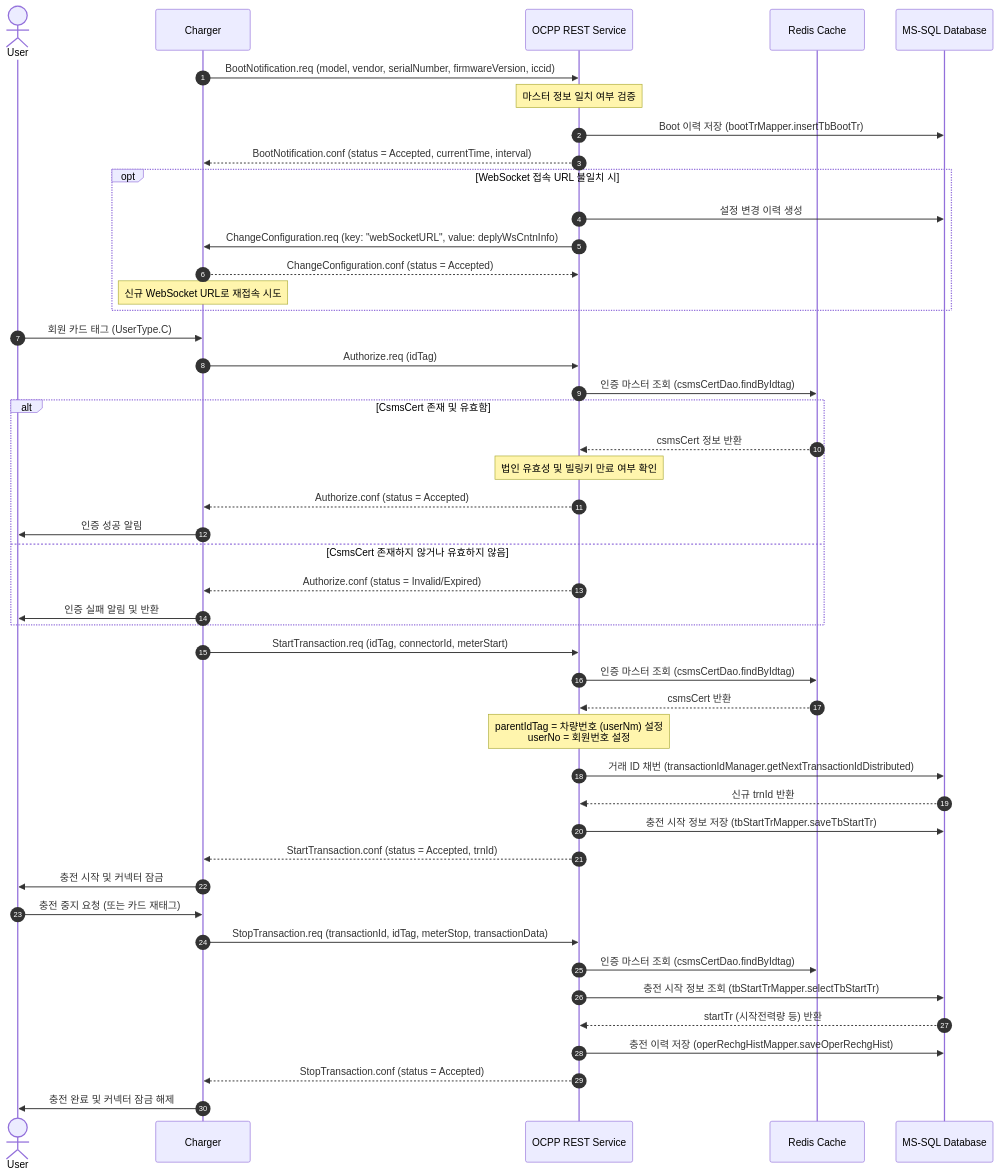
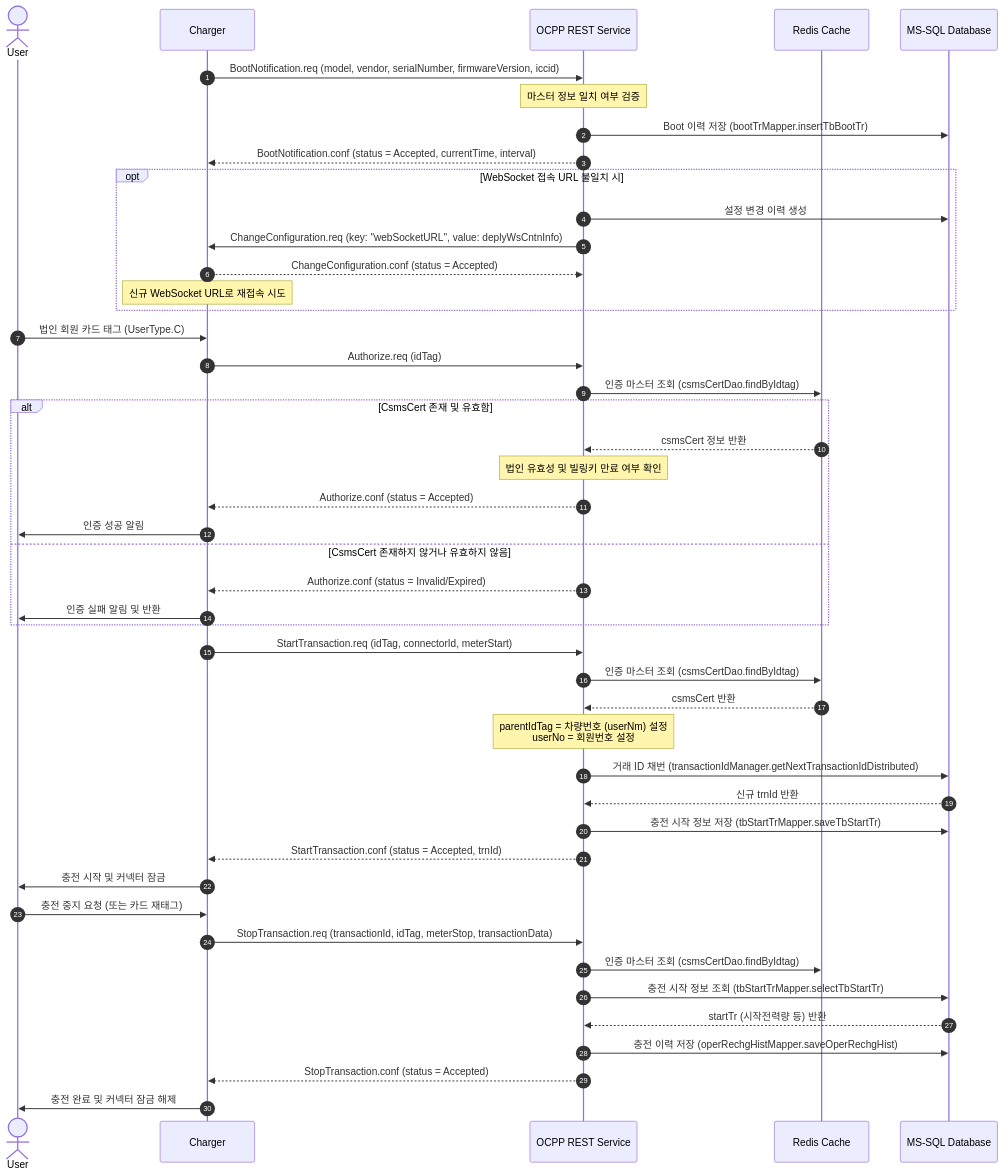
The first of 4 diagrams in start_transaction_process_flows.md (h2y-hyhong2/h2y-ocpp), drawn with Mermaid before and after one commit. The commit also changed other lines of this file and 4 other files, not shown here.

````diff
--- a/start_transaction_process_flows.md
+++ b/start_transaction_process_flows.md
@@ -11,58 +22,58 @@
 ```mermaid
 sequenceDiagram
     autonumber
     actor 사용자 as User
     participant 충전기 as Charger
     participant OCPP as OCPP REST Service
     participant Redis as Redis Cache
     participant DB as MS-SQL Database
 
     %% 1. 부팅 및 초기 설정 (BootNotification)
     충전기 ->> OCPP: BootNotification.req (model, vendor, serialNumber, firmwareVersion, iccid)
     Note over OCPP: 마스터 정보 일치 여부 검증
     OCPP ->> DB: Boot 이력 저장 (bootTrMapper.insertTbBootTr)
     OCPP -->> 충전기: BootNotification.conf (status = Accepted, currentTime, interval)
 
     opt WebSocket 접속 URL 불일치 시
         OCPP ->> DB: 설정 변경 이력 생성
         OCPP ->> 충전기: ChangeConfiguration.req (key: "webSocketURL", value: deplyWsCntnInfo)
         충전기 -->> OCPP: ChangeConfiguration.conf (status = Accepted)
         Note over 충전기: 신규 WebSocket URL로 재접속 시도
     end
 
     %% 2. 인증 단계 (Authorize)
-    사용자 ->> 충전기: 회원 카드 태그 (UserType.C)
+    사용자 ->> 충전기: 법인 회원 카드 태그 (UserType.C)
     충전기 ->> OCPP: Authorize.req (idTag)
     OCPP ->> Redis: 인증 마스터 조회 (csmsCertDao.findByIdtag)
-    
+
     alt CsmsCert 존재 및 유효함
         Redis -->> OCPP: csmsCert 정보 반환
         Note over OCPP: 법인 유효성 및 빌링키 만료 여부 확인
         OCPP -->> 충전기: Authorize.conf (status = Accepted)
         충전기 ->> 사용자: 인증 성공 알림
     else CsmsCert 존재하지 않거나 유효하지 않음
         OCPP -->> 충전기: Authorize.conf (status = Invalid/Expired)
         충전기 ->> 사용자: 인증 실패 알림 및 반환
     end
 
     %% 3. 시작 단계 (StartTransaction)
     충전기 ->> OCPP: StartTransaction.req (idTag, connectorId, meterStart)
     OCPP ->> Redis: 인증 마스터 조회 (csmsCertDao.findByIdtag)
     Redis -->> OCPP: csmsCert 반환
     Note over OCPP: parentIdTag = 차량번호 (userNm) 설정<br/>userNo = 회원번호 설정
     OCPP ->> DB: 거래 ID 채번 (transactionIdManager.getNextTransactionIdDistributed)
     DB -->> OCPP: 신규 trnId 반환
     OCPP ->> DB: 충전 시작 정보 저장 (tbStartTrMapper.saveTbStartTr)
     OCPP -->> 충전기: StartTransaction.conf (status = Accepted, trnId)
     충전기 ->> 사용자: 충전 시작 및 커넥터 잠금
 
     %% 4. 종료 단계 (StopTransaction)
     사용자 ->> 충전기: 충전 중지 요청 (또는 카드 재태그)
     충전기 ->> OCPP: StopTransaction.req (transactionId, idTag, meterStop, transactionData)
     OCPP ->> Redis: 인증 마스터 조회 (csmsCertDao.findByIdtag)
     OCPP ->> DB: 충전 시작 정보 조회 (tbStartTrMapper.selectTbStartTr)
     DB -->> OCPP: startTr (시작전력량 등) 반환
     OCPP ->> DB: 충전 이력 저장 (operRechgHistMapper.saveOperRechgHist)
     OCPP -->> 충전기: StopTransaction.conf (status = Accepted)
     충전기 ->> 사용자: 충전 완료 및 커넥터 잠금 해제
 ```
````
